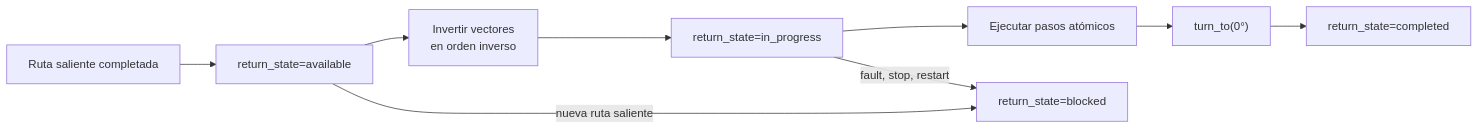
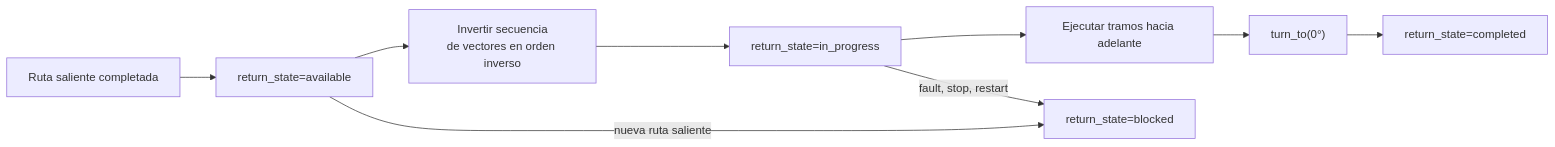
The ninth of 19 diagrams in DIAGRAMA_SISTEMA_GENERAL.md (RubenAndresGome/carroTest3-For-Esp32-s3-wroom), drawn with Mermaid before and after one commit. The commit also changed other lines of this file and 369 other files, not shown here.

````diff
--- a/DIAGRAMA_SISTEMA_GENERAL.md
+++ b/DIAGRAMA_SISTEMA_GENERAL.md
@@ -259,15 +305,15 @@
 ```mermaid
 flowchart LR
     Completed["Ruta saliente completada"]
     Available["return_state=available"]
-    Reverse["Invertir vectores<br/>en orden inverso"]
+    Reverse["Invertir secuencia<br/>de vectores en orden inverso"]
     Consume["return_state=in_progress"]
-    Steps["Ejecutar pasos atómicos"]
+    Steps["Ejecutar tramos hacia adelante"]
     Align["turn_to(0°)"]
     Done["return_state=completed"]
     Blocked["return_state=blocked"]
 
     Completed --> Available --> Reverse --> Consume --> Steps --> Align --> Done
     Consume -->|"fault, stop, restart"| Blocked
     Available -->|"nueva ruta saliente"| Blocked
 ```
````
